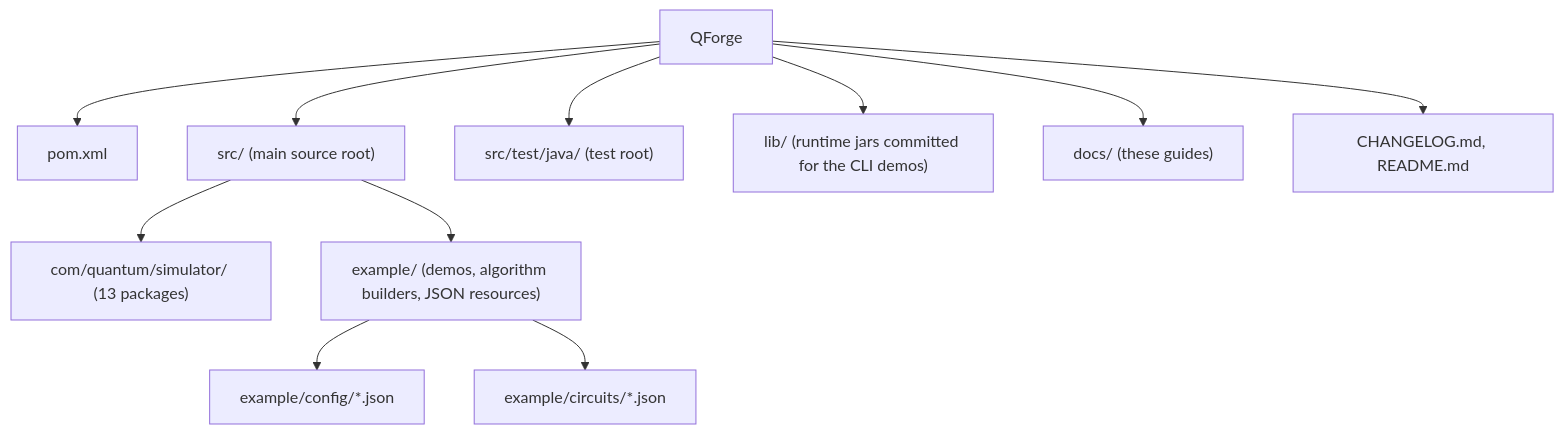
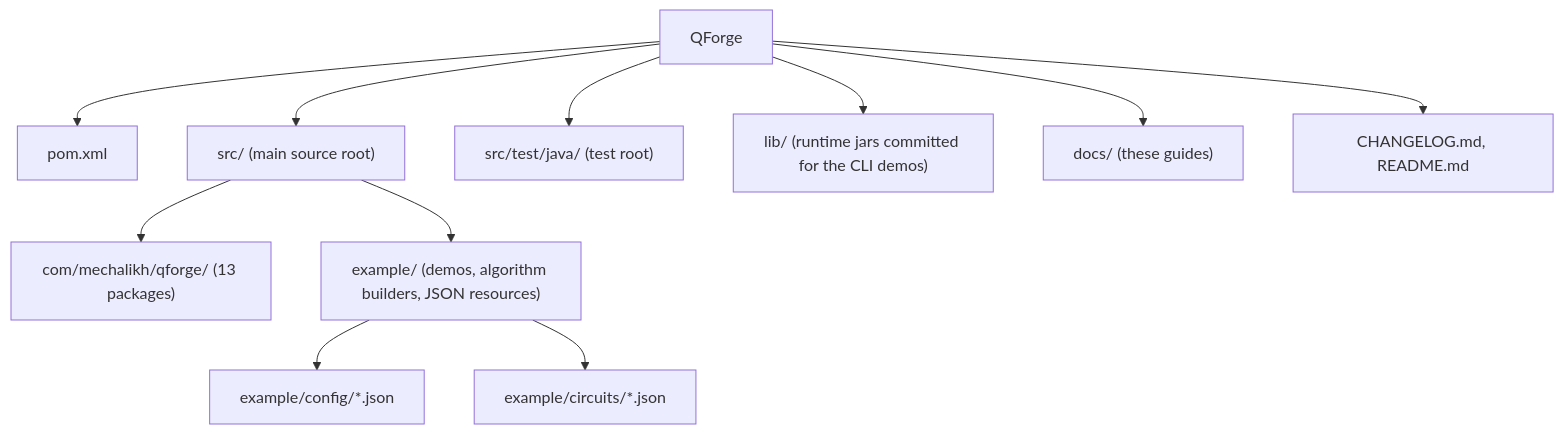
The diagram in docs/08-development.md (CharafeddineMechalikh/QForge), drawn with Mermaid before and after one commit. The commit also changed other lines of this file and 231 other files, not shown here.

Commit message:
Rename the Java packages to com.mechalikh.qforge

````diff
--- a/docs/08-development.md
+++ b/docs/08-development.md
@@ -7,13 +7,13 @@
 ```mermaid
 flowchart TD
     R["QForge"] --> P["pom.xml"]
     R --> S["src/ (main source root)"]
     R --> T["src/test/java/ (test root)"]
     R --> L["lib/ (runtime jars committed for the CLI demos)"]
     R --> D["docs/ (these guides)"]
     R --> C["CHANGELOG.md, README.md"]
-    S --> S1["com/quantum/simulator/ (13 packages)"]
+    S --> S1["com/mechalikh/qforge/ (13 packages)"]
     S --> S2["example/ (demos, algorithm builders, JSON resources)"]
     S2 --> S3["example/config/*.json"]
     S2 --> S4["example/circuits/*.json"]
 ```
````
